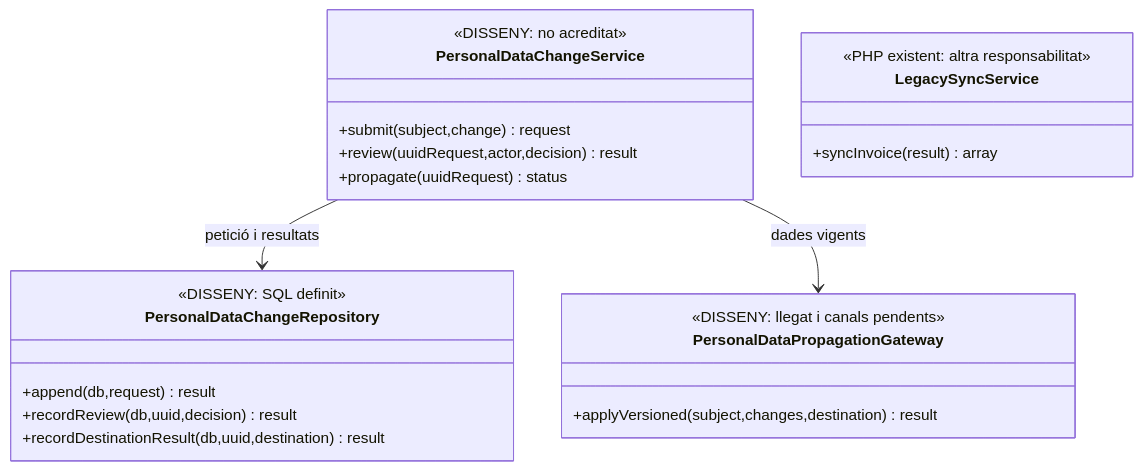
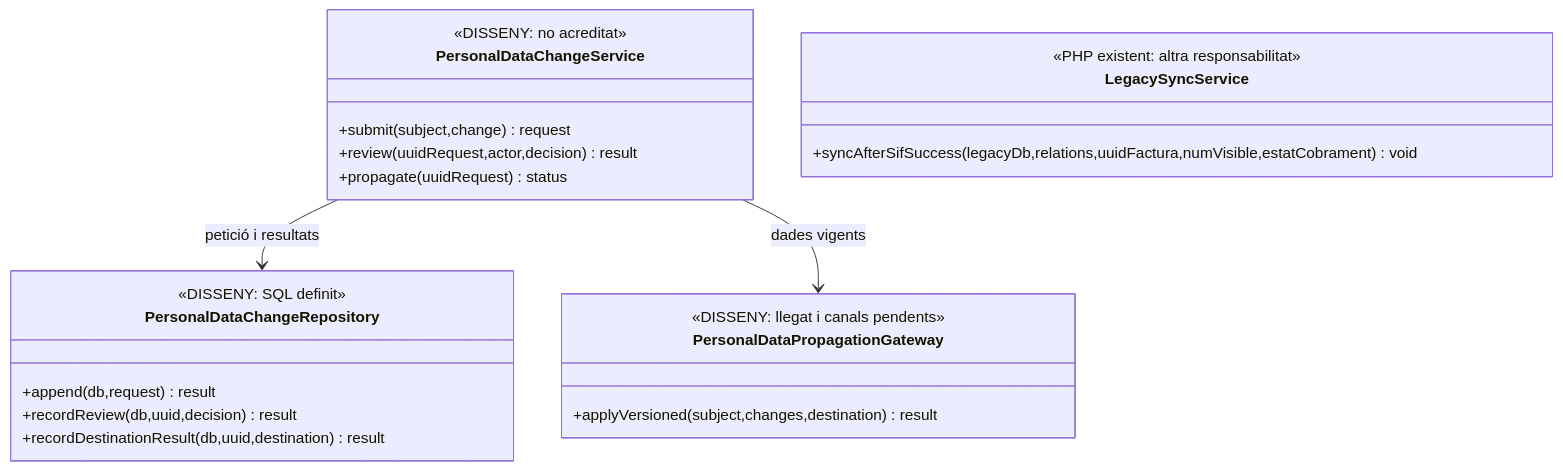
The second of 3 diagrams in documentacio/07-uml-integrat/uc-120-canvi-dades-personals-propagacio.md (orgmeriemprismacat-del/verifactu), drawn with Mermaid before and after one commit.

Commit message:
docs: reflectir mètode PHP real de LegacySyncService a UC-120

````diff
--- a/documentacio/07-uml-integrat/uc-120-canvi-dades-personals-propagacio.md
+++ b/documentacio/07-uml-integrat/uc-120-canvi-dades-personals-propagacio.md
@@ -68,25 +68,25 @@
 ```mermaid
 classDiagram
 class PersonalDataChangeService {
  <<DISSENY: no acreditat>>
  +submit(subject,change) request
  +review(uuidRequest,actor,decision) result
  +propagate(uuidRequest) status
 }
 class PersonalDataChangeRepository {
  <<DISSENY: SQL definit>>
  +append(db,request) result
  +recordReview(db,uuid,decision) result
  +recordDestinationResult(db,uuid,destination) result
 }
 class PersonalDataPropagationGateway {
  <<DISSENY: llegat i canals pendents>>
  +applyVersioned(subject,changes,destination) result
 }
 class LegacySyncService {
  <<PHP existent: altra responsabilitat>>
- +syncInvoice(result) array
+ +syncAfterSifSuccess(legacyDb,relations,uuidFactura,numVisible,estatCobrament) void
 }
 PersonalDataChangeService --> PersonalDataChangeRepository : petició i resultats
 PersonalDataChangeService --> PersonalDataPropagationGateway : dades vigents
 ```
````
